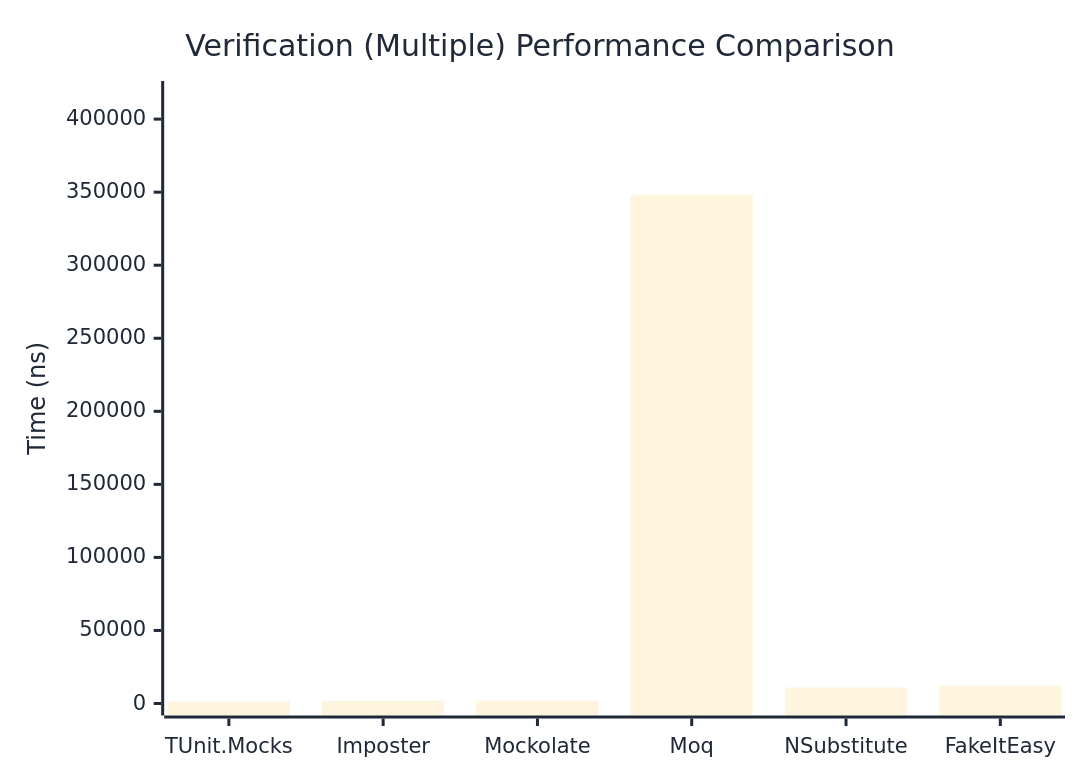
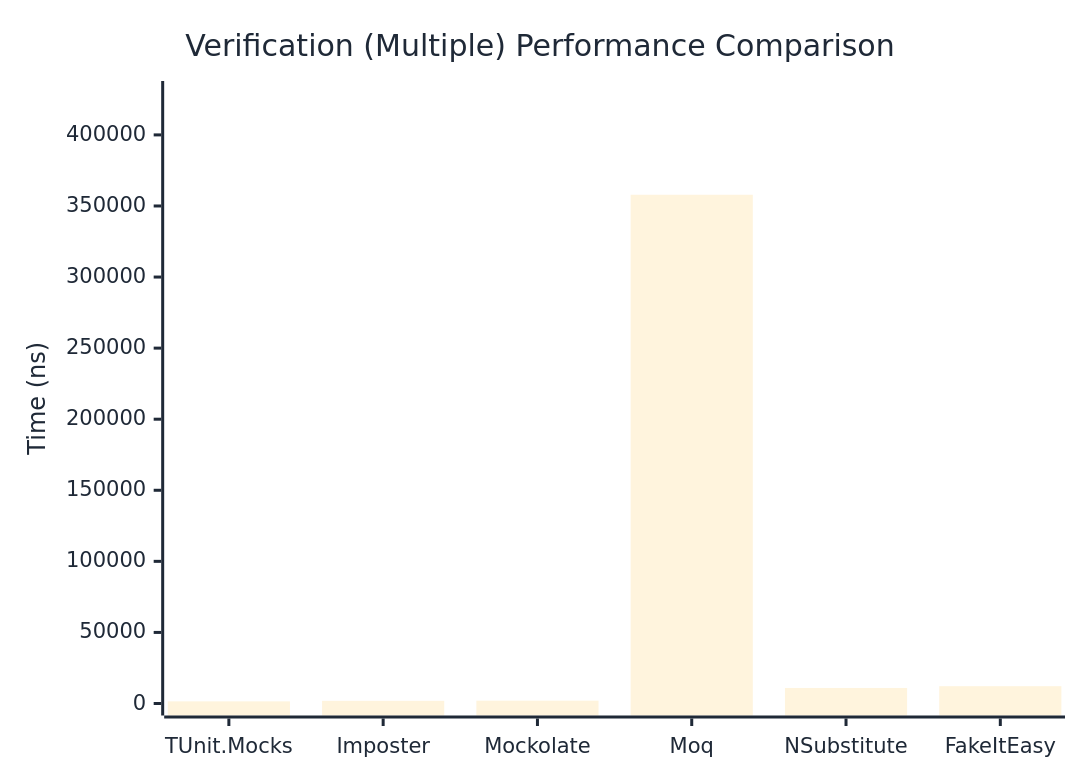
The third of 3 diagrams in docs/docs/benchmarks/mocks/Verification.md (thomhurst/TUnit), drawn with Mermaid before and after one commit. The commit also changed other lines of this file and 14 other files, not shown here.

````diff
--- a/docs/docs/benchmarks/mocks/Verification.md
+++ b/docs/docs/benchmarks/mocks/Verification.md
@@ -110,27 +110,27 @@
 ```mermaid
 %%{init: {
   'theme':'base',
   'themeVariables': {
     'primaryColor': '#2563eb',
     'primaryTextColor': '#1f2937',
     'primaryBorderColor': '#1e40af',
     'lineColor': '#6b7280',
     'secondaryColor': '#7c3aed',
     'tertiaryColor': '#dc2626',
     'background': '#ffffff',
     'pie1': '#2563eb',
     'pie2': '#7c3aed',
     'pie3': '#dc2626',
     'pie4': '#f59e0b',
     'pie5': '#10b981',
     'pie6': '#06b6d4',
     'pie7': '#ec4899',
     'pie8': '#6366f1'
   }
 }}%%
 xychart-beta
   title "Verification (Multiple) Performance Comparison"
   x-axis ["TUnit.Mocks", "Imposter", "Mockolate", "Moq", "NSubstitute", "FakeItEasy"]
-  y-axis "Time (ns)" 0 --> 417883
-  bar [1390.15, 1858.61, 1914.36, 348235.34, 10910.92, 12227.38]
+  y-axis "Time (ns)" 0 --> 429478
+  bar [1500.67, 1873.01, 1985.8, 357897.98, 10924.59, 12187.52]
 ```
````
